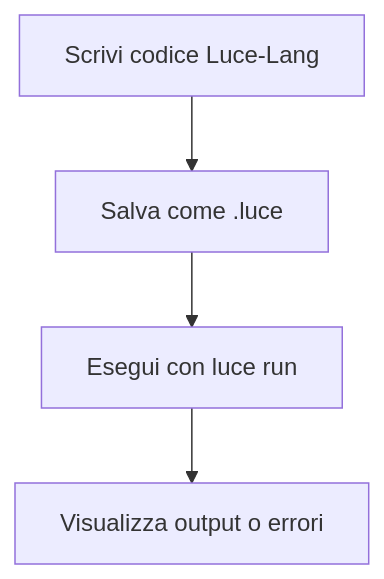
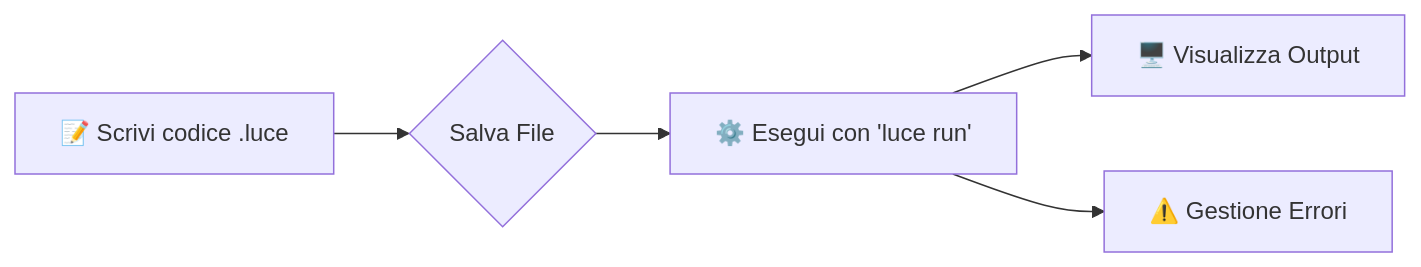
Before and after one commit to NickQuelloVero/Luce-Lang: the diagram in README.md, drawn with Mermaid. The commit also changed other lines of this file, not shown here.

````diff
--- a/README.md
+++ b/README.md
@@ -50,6 +88,7 @@
 ```mermaid
-flowchart TD
-    A[Scrivi codice Luce-Lang] --> B[Salva come .luce]
-    B --> C[Esegui con luce run]
-    C --> D[Visualizza output o errori]
+flowchart LR
+    A[📝 Scrivi codice .luce] --> B{Salva File}
+    B --> C[⚙️ Esegui con 'luce run']
+    C --> D[🖥️ Visualizza Output]
+    C --> E[⚠️ Gestione Errori]
 ```
````
